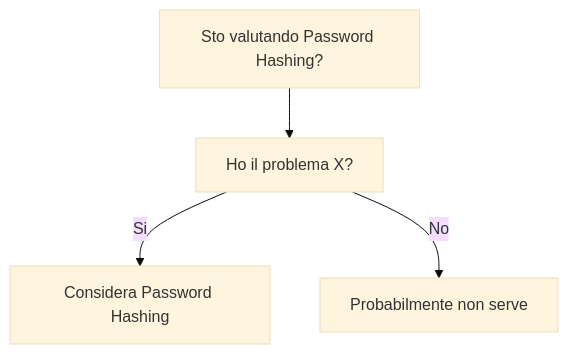
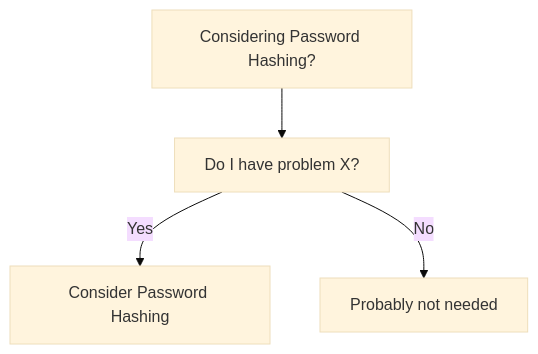
Before and after one commit to HxT9/Software-Dev-Wiki: the diagram in dev-wiki/08_Security/Password_Hashing/When_To_Use.md, drawn with Mermaid (base theme). The commit also changed other lines of this file and 3444 other files, not shown here.

````diff
--- a/dev-wiki/08_Security/Password_Hashing/When_To_Use.md
+++ b/dev-wiki/08_Security/Password_Hashing/When_To_Use.md
@@ -19,6 +19,6 @@
 ```mermaid
 flowchart TD
-  Q[Sto valutando Password Hashing?] --> Q1[Ho il problema X?]
-  Q1 -->|Si| OK[Considera Password Hashing]
-  Q1 -->|No| NO[Probabilmente non serve]
+  Q[Considering Password Hashing?] --> Q1[Do I have problem X?]
+  Q1 -->|Yes| OK[Consider Password Hashing]
+  Q1 -->|No| NO[Probably not needed]
 ```
````
